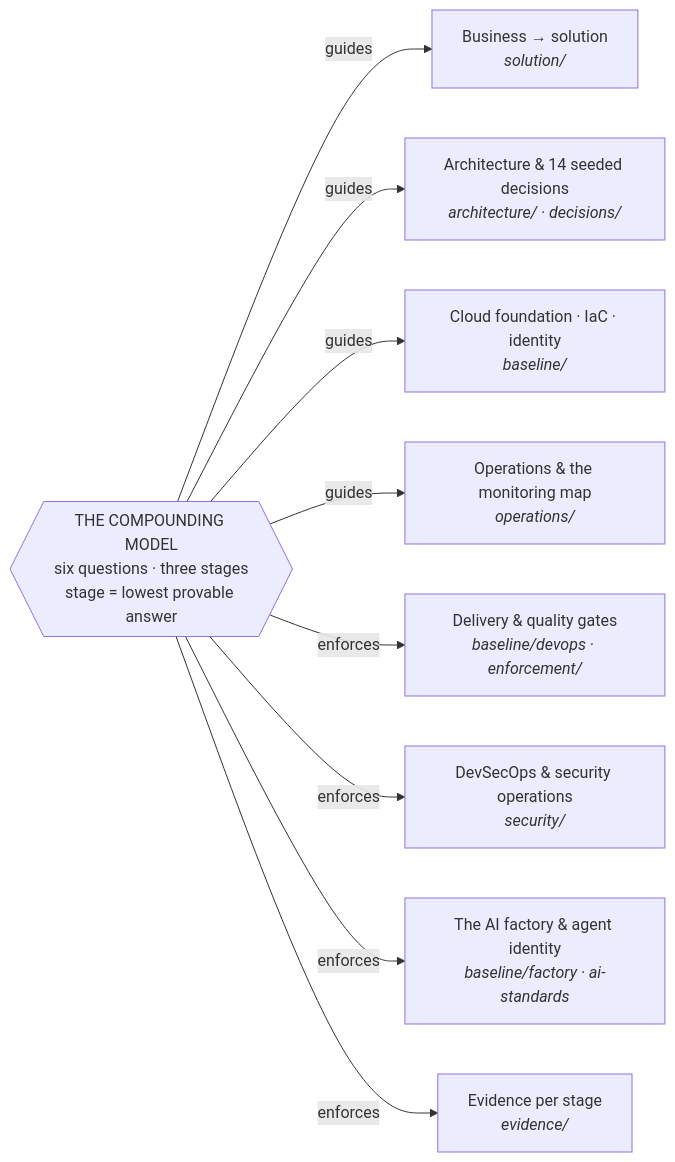
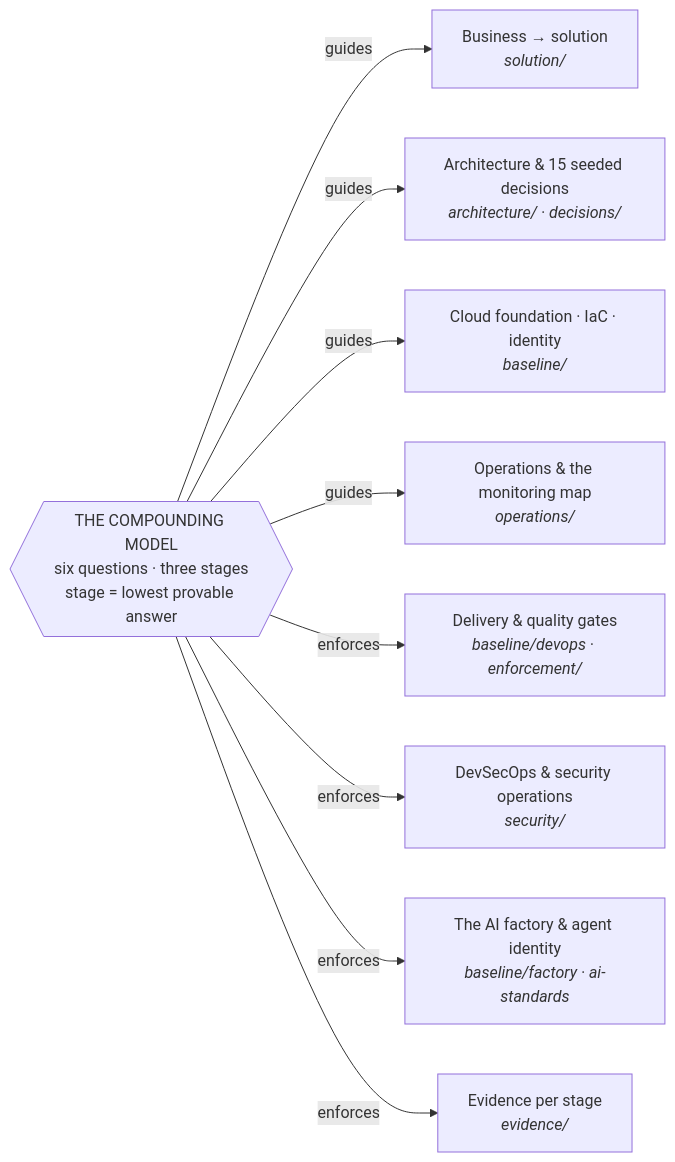
Before and after one commit to savvaniss/compounding-model: the diagram in README.md, drawn with Mermaid. The commit also changed other lines of this file and 10 other files, not shown here.

````diff
--- a/README.md
+++ b/README.md
@@ -65,12 +65,12 @@
 ```mermaid
 flowchart LR
   M{{"THE COMPOUNDING MODEL<br/>six questions · three stages<br/>stage = lowest provable answer"}}
   M -->|guides| SOL["Business → solution<br/><i>solution/</i>"]
-  M -->|guides| ARC["Architecture & 14 seeded decisions<br/><i>architecture/ · decisions/</i>"]
+  M -->|guides| ARC["Architecture & 15 seeded decisions<br/><i>architecture/ · decisions/</i>"]
   M -->|guides| FND["Cloud foundation · IaC · identity<br/><i>baseline/</i>"]
   M -->|guides| OPS["Operations & the monitoring map<br/><i>operations/</i>"]
   M -->|enforces| DEL["Delivery & quality gates<br/><i>baseline/devops · enforcement/</i>"]
   M -->|enforces| SEC["DevSecOps & security operations<br/><i>security/</i>"]
   M -->|enforces| FAC["The AI factory & agent identity<br/><i>baseline/factory · ai-standards</i>"]
   M -->|enforces| EVD["Evidence per stage<br/><i>evidence/</i>"]
 ```
````
